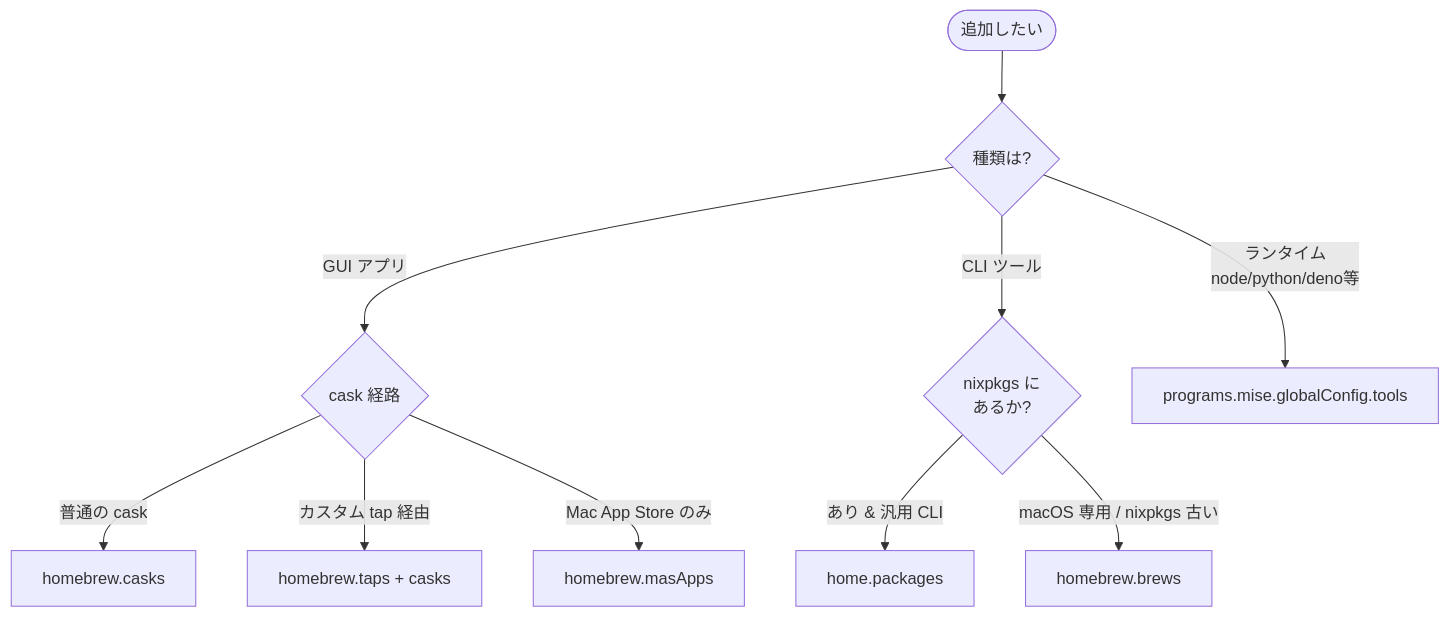
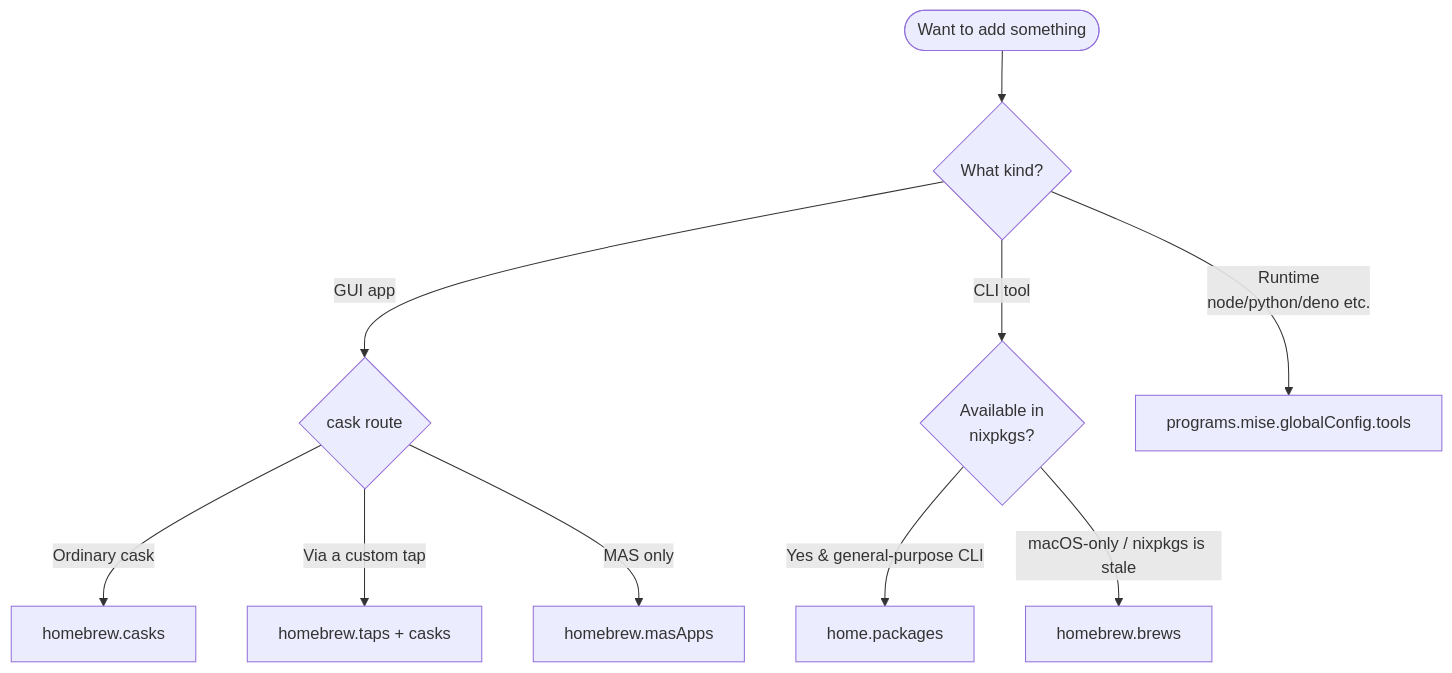
Before and after one commit to akira-toriyama/dotfiles: the diagram in CLAUDE.md, drawn with Mermaid. The commit also changed other lines of this file and 4 other files, not shown here.

````diff
--- a/CLAUDE.md
+++ b/CLAUDE.md
@@ -40,12 +40,12 @@
 ```mermaid
 flowchart TD
-    Start([追加したい]) --> Q1{種類は?}
-    Q1 -->|GUI アプリ| Q2{cask 経路}
-    Q1 -->|CLI ツール| Q3{nixpkgs に<br/>あるか?}
-    Q1 -->|ランタイム<br/>node/python/deno等| M[programs.mise.globalConfig.tools]
-    Q2 -->|普通の cask| C1[homebrew.casks]
-    Q2 -->|カスタム tap 経由| C2[homebrew.taps + casks]
-    Q2 -->|Mac App Store のみ| C3[homebrew.masApps]
-    Q3 -->|あり & 汎用 CLI| N1[home.packages]
-    Q3 -->|macOS 専用 / nixpkgs 古い| C4[homebrew.brews]
+    Start([Want to add something]) --> Q1{What kind?}
+    Q1 -->|GUI app| Q2{cask route}
+    Q1 -->|CLI tool| Q3{Available in<br/>nixpkgs?}
+    Q1 -->|Runtime<br/>node/python/deno etc.| M[programs.mise.globalConfig.tools]
+    Q2 -->|Ordinary cask| C1[homebrew.casks]
+    Q2 -->|Via a custom tap| C2[homebrew.taps + casks]
+    Q2 -->|MAS only| C3[homebrew.masApps]
+    Q3 -->|Yes & general-purpose CLI| N1[home.packages]
+    Q3 -->|macOS-only / nixpkgs is stale| C4[homebrew.brews]
 ```
````
